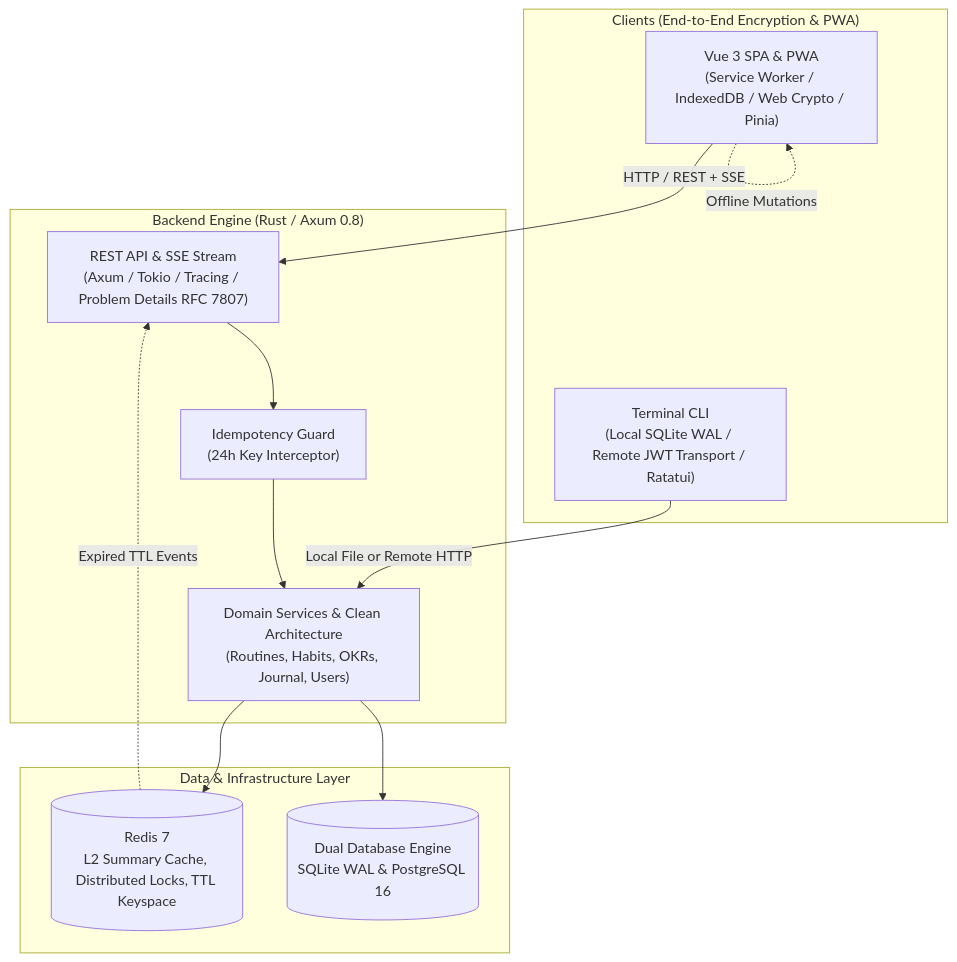
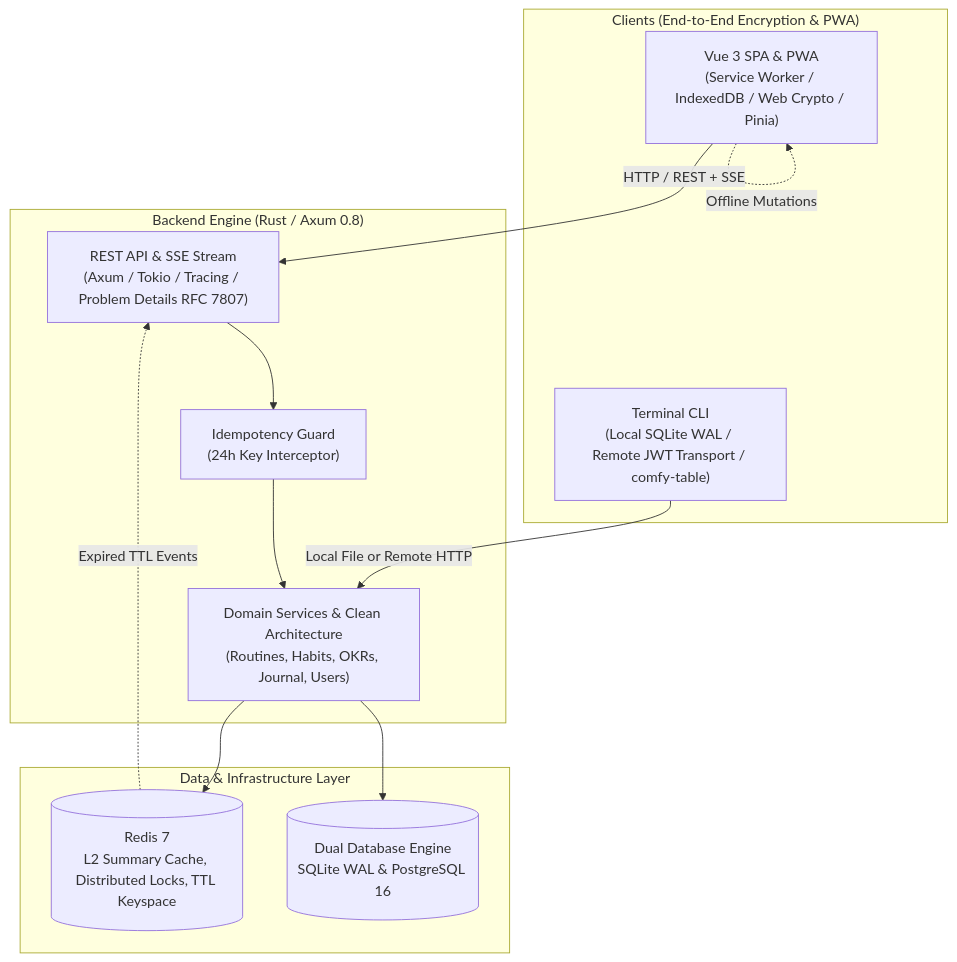
Before and after one commit to filipecsoares/roubit: the diagram in README.md, drawn with Mermaid. The commit also changed other lines of this file and 17 other files, not shown here.

Commit message:
feat(cli): remote mode support for routine, okr, journal and persistent config (IMP-05.2)

````diff
--- a/README.md
+++ b/README.md
@@ -105,26 +105,26 @@
 ```mermaid
 flowchart TD
     subgraph Clients["Clients (End-to-End Encryption & PWA)"]
         Web["Vue 3 SPA & PWA<br/>(Service Worker / IndexedDB / Web Crypto / Pinia)"]
-        CLI["Terminal CLI<br/>(Local SQLite WAL / Remote JWT Transport / Ratatui)"]
+        CLI["Terminal CLI<br/>(Local SQLite WAL / Remote JWT Transport / comfy-table)"]
     end
 
     subgraph Server["Backend Engine (Rust / Axum 0.8)"]
         API["REST API & SSE Stream<br/>(Axum / Tokio / Tracing / Problem Details RFC 7807)"]
         Idempotency["Idempotency Guard<br/>(24h Key Interceptor)"]
         Domain["Domain Services & Clean Architecture<br/>(Routines, Habits, OKRs, Journal, Users)"]
     end
 
     subgraph Storage["Data & Infrastructure Layer"]
         Redis[("Redis 7<br/>L2 Summary Cache, Distributed Locks, TTL Keyspace")]
         DB[("Dual Database Engine<br/>SQLite WAL & PostgreSQL 16")]
     end
 
     Web -->|HTTP / REST + SSE| API
     Web -.->|Offline Mutations| Web
     CLI -->|Local File or Remote HTTP| Domain
     API --> Idempotency --> Domain
     Domain --> DB
     Domain --> Redis
     Redis -.->|Expired TTL Events| API
 ```
````
